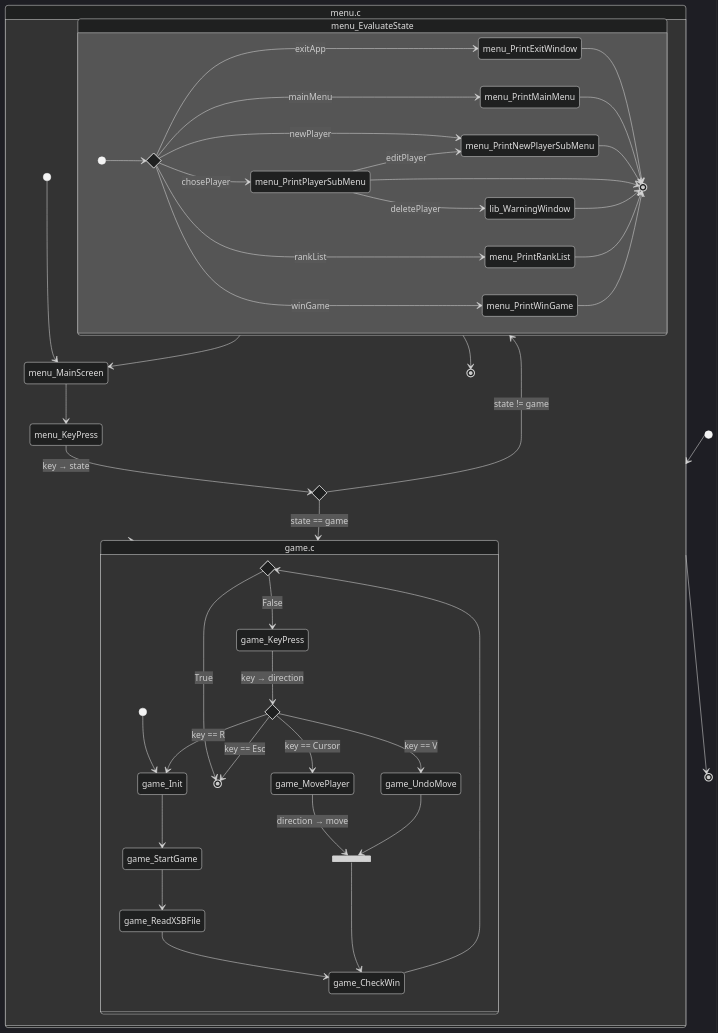
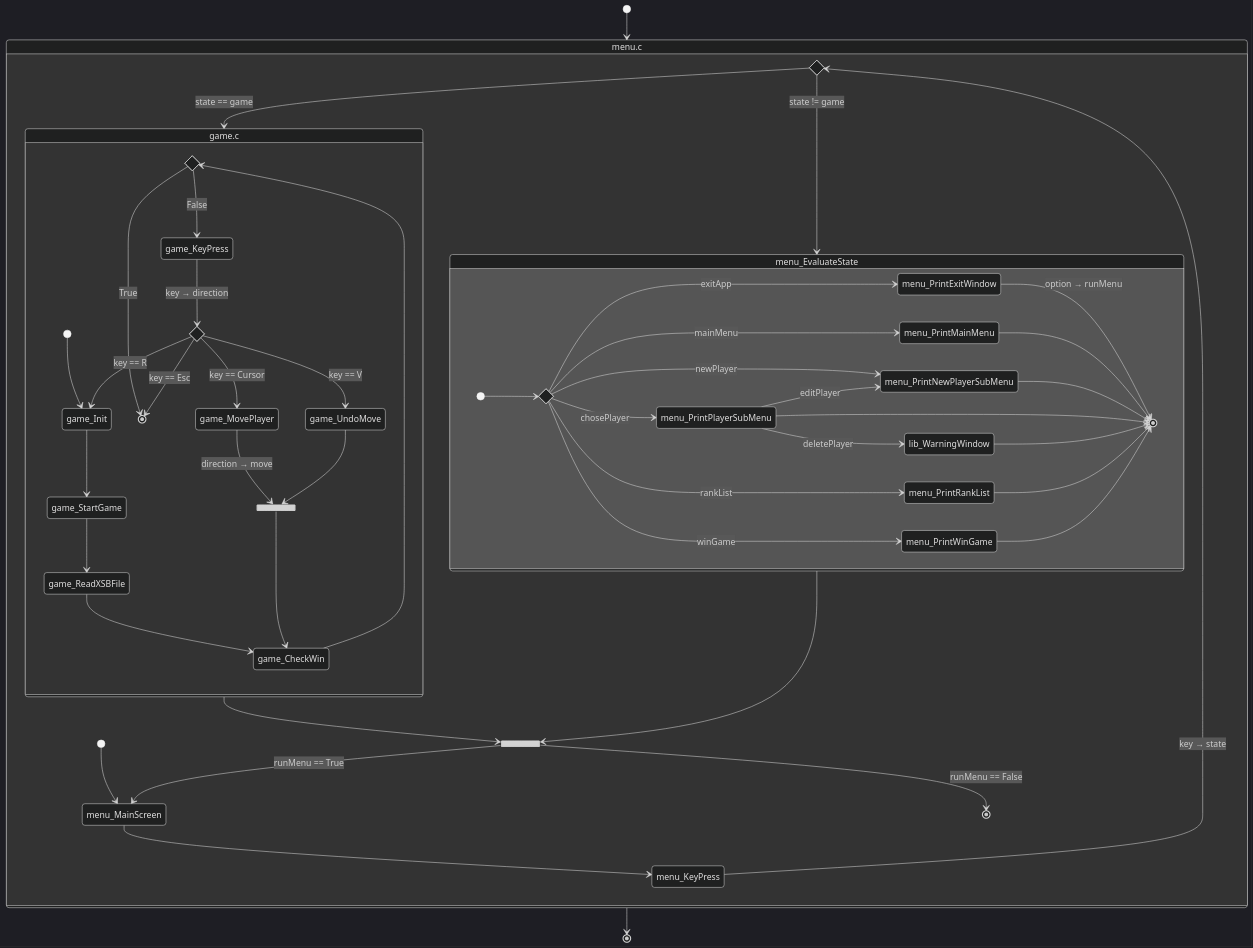
One commit to Spyro1/Sokoban changed the diagram in SokobanDevDoc.md. Above: the diagram before and after it, drawn with Mermaid (dark theme). The commit also changed other lines of this file and 5 other files, not shown here.

````diff
--- a/SokobanDevDoc.md
+++ b/SokobanDevDoc.md
@@ -227,65 +272,71 @@
 ```mermaid
 stateDiagram-v2
     
     state switchState <<choice>>
     state stateChange <<choice>>
     state winGame <<choice>>
     state keyDown <<choice>>
     state collector <<join>>
-    [*]--> menu.c 
-    menu.c --> game.c
-    menu.c --> [*]
-    state menu.c{
+    state back <<join>>
+    menu : menu.c
+    game : game.c
+    [*] --> menu
+    menu --> [*]
+    
+    state menu{
         direction TB
         [*] --> menu_MainScreen
         menu_MainScreen --> menu_KeyPress
         menu_KeyPress --> stateChange : key → state
-        stateChange --> game.c : state == game
+        stateChange --> game : state == game
         stateChange --> menu_EvaluateState : state != game
-        menu_EvaluateState --> menu_MainScreen
-        menu_EvaluateState --> [*]
+        game --> back
+        menu_EvaluateState --> back
+        back --> menu_MainScreen : runMenu == True
+        back --> [*] : runMenu == False
+%%        menu_EvaluateState --> [*]
         
       
         state menu_EvaluateState{
             direction LR
             [*] --> switchState
             switchState -->  menu_PrintExitWindow : exitApp
             switchState --> menu_PrintMainMenu : mainMenu
             switchState --> menu_PrintPlayerSubMenu : chosePlayer
             menu_PrintPlayerSubMenu --> lib_WarningWindow : deletePlayer
             switchState --> menu_PrintNewPlayerSubMenu : newPlayer
             switchState --> menu_PrintRankList : rankList
             menu_PrintPlayerSubMenu --> menu_PrintNewPlayerSubMenu : editPlayer
             switchState --> menu_PrintWinGame : winGame
-            menu_PrintExitWindow --> [*]
+            menu_PrintExitWindow --> [*] : option → runMenu
             menu_PrintMainMenu --> [*]
             menu_PrintNewPlayerSubMenu --> [*]
             menu_PrintPlayerSubMenu --> [*]
             lib_WarningWindow --> [*]
             menu_PrintRankList --> [*]
             menu_PrintWinGame --> [*]
         }
     }
     
-    state game.c{
+    state game{
         direction TB
         [*] --> game_Init
         game_Init --> game_StartGame
         game_StartGame --> game_ReadXSBFile
         game_ReadXSBFile --> game_CheckWin
         game_CheckWin --> winGame
+        winGame --> [*] : True
         winGame --> game_KeyPress : False
-        winGame --> [*] : True
         game_KeyPress --> keyDown : key → direction
         keyDown --> game_MovePlayer : key == Cursor
         keyDown --> game_UndoMove : key == V
         keyDown --> game_Init : key == R
         keyDown --> [*] : key == Esc
         game_MovePlayer --> collector : direction → move
         game_UndoMove --> collector
         collector --> game_CheckWin
-        
     }
+    
    
 
 ```
````
